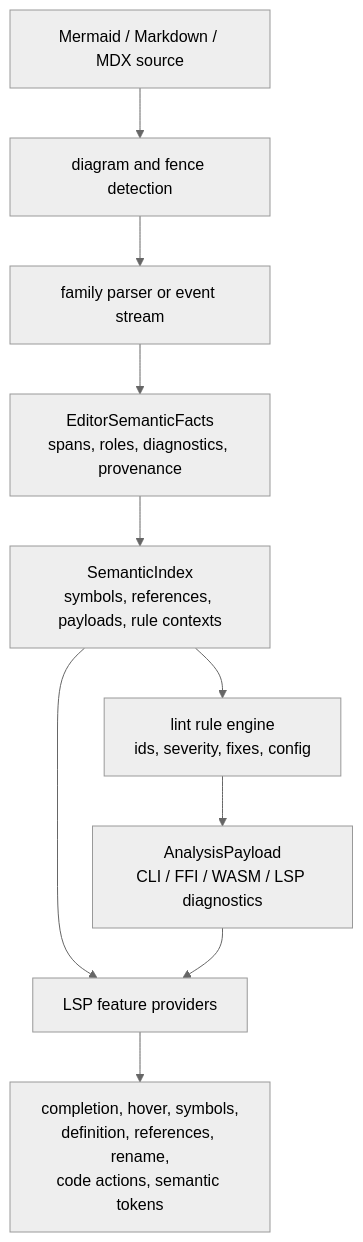
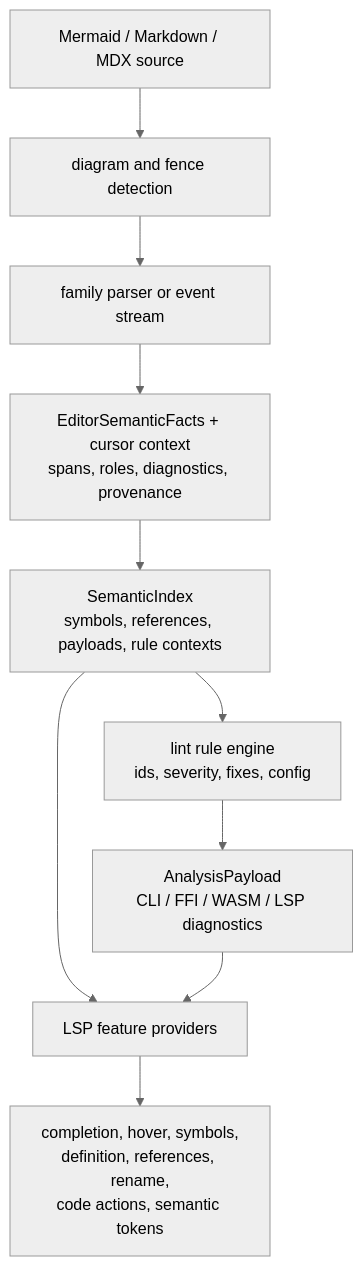
One commit to Latias94/merman changed the diagram in docs/plans/2026-06-24-003-refactor-mature-mermaid-lsp-roadmap-plan.md. Above: the diagram before and after it, drawn with Mermaid (neutral theme). The commit also changed other lines of this file and 7 other files, not shown here.

First line of the commit message:
refactor(lsp): move completion cursor context into analysis

````diff
--- a/docs/plans/2026-06-24-003-refactor-mature-mermaid-lsp-roadmap-plan.md
+++ b/docs/plans/2026-06-24-003-refactor-mature-mermaid-lsp-roadmap-plan.md
@@ -118,12 +133,12 @@
 ```mermaid
 flowchart TB
   Source["Mermaid / Markdown / MDX source"] --> Detect["diagram and fence detection"]
   Detect --> Parser["family parser or event stream"]
-  Parser --> Facts["EditorSemanticFacts\nspans, roles, diagnostics, provenance"]
+  Parser --> Facts["EditorSemanticFacts + cursor context\nspans, roles, diagnostics, provenance"]
   Facts --> Index["SemanticIndex\nsymbols, references, payloads, rule contexts"]
   Index --> Rules["lint rule engine\nids, severity, fixes, config"]
   Rules --> Payload["AnalysisPayload\nCLI / FFI / WASM / LSP diagnostics"]
   Index --> Lsp["LSP feature providers"]
   Payload --> Lsp
   Lsp --> Features["completion, hover, symbols,\ndefinition, references, rename,\ncode actions, semantic tokens"]
 ```
````
